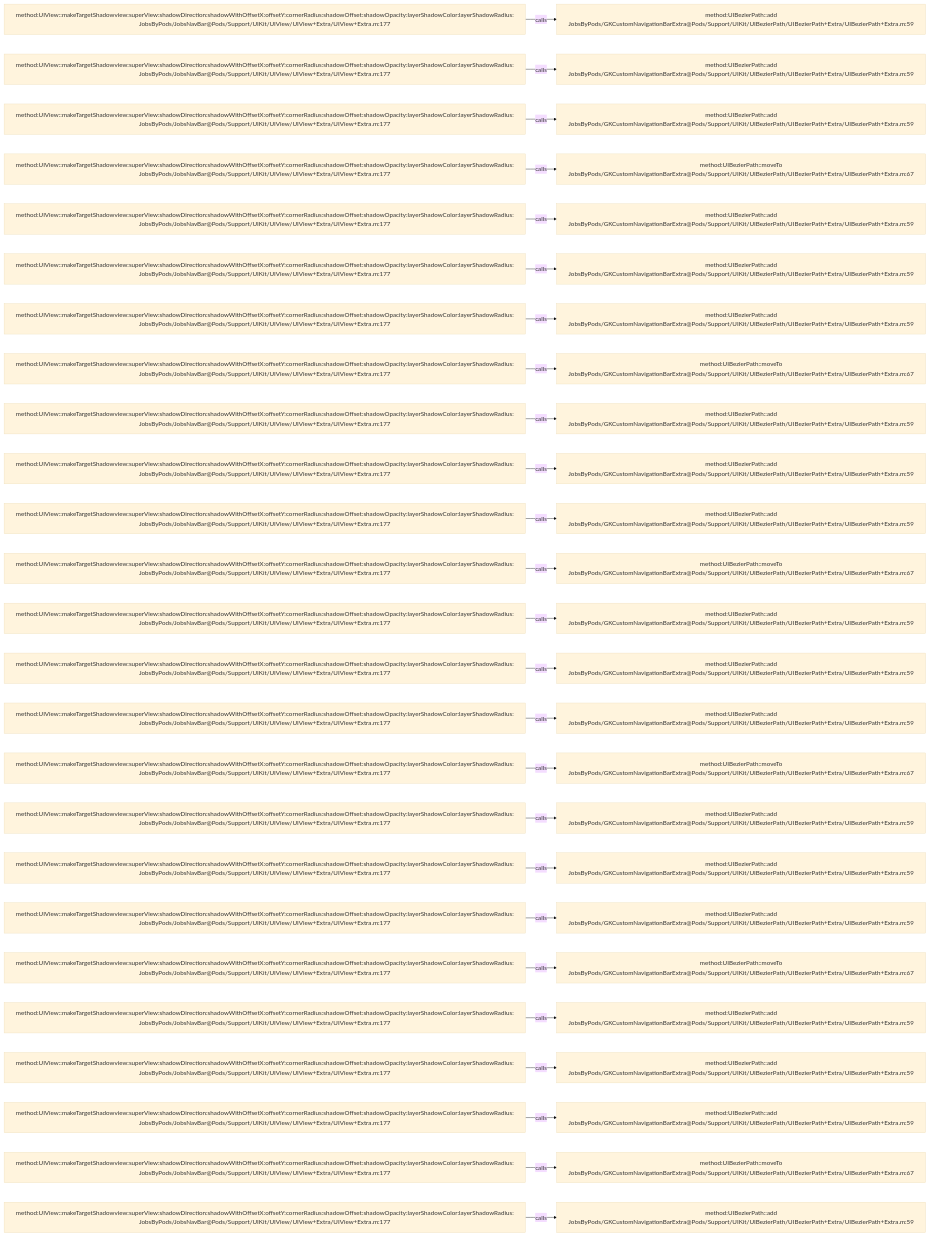
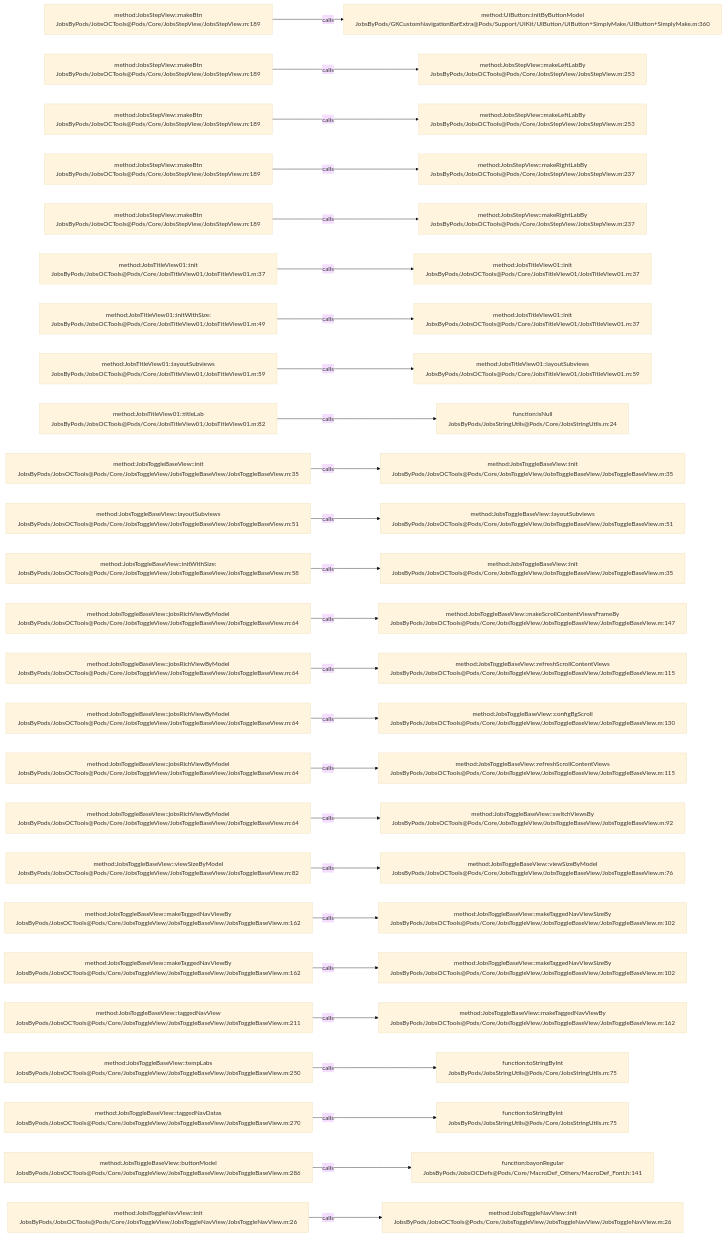
The diagram in .codegraph/codegraph.md/graphs/calls-156.md (JobsKits/JobsOCBaseConfigDemo), drawn with Mermaid (base theme) before and after one commit. The commit also changed 1026 other files, not shown here.

````diff
--- a/.codegraph/codegraph.md/graphs/calls-156.md
+++ b/.codegraph/codegraph.md/graphs/calls-156.md
@@ -13,78 +13,78 @@
 ```mermaid
 flowchart LR
-  S1["method:UIView::makeTargetShadowview:superView:shadowDirection:shadowWithOffsetX:offsetY:cornerRadius:shadowOffset:shadowOpacity:layerShadowColor:layerShadowRadius:<br/>JobsByPods/JobsNavBar@Pods/Support/UIKit/UIView/UIView+Extra/UIView+Extra.m:177"]
-  T1["method:UIBezierPath::add<br/>JobsByPods/GKCustomNavigationBarExtra@Pods/Support/UIKit/UIBezierPath/UIBezierPath+Extra/UIBezierPath+Extra.m:59"]
+  S1["method:JobsStepView::makeBtn<br/>JobsByPods/JobsOCTools@Pods/Core/JobsStepView/JobsStepView.m:189"]
+  T1["method:UIButton::initByButtonModel<br/>JobsByPods/GKCustomNavigationBarExtra@Pods/Support/UIKit/UIButton/UIButton+SimplyMake/UIButton+SimplyMake.m:360"]
   S1 -->|calls| T1
-  S2["method:UIView::makeTargetShadowview:superView:shadowDirection:shadowWithOffsetX:offsetY:cornerRadius:shadowOffset:shadowOpacity:layerShadowColor:layerShadowRadius:<br/>JobsByPods/JobsNavBar@Pods/Support/UIKit/UIView/UIView+Extra/UIView+Extra.m:177"]
-  T2["method:UIBezierPath::add<br/>JobsByPods/GKCustomNavigationBarExtra@Pods/Support/UIKit/UIBezierPath/UIBezierPath+Extra/UIBezierPath+Extra.m:59"]
+  S2["method:JobsStepView::makeBtn<br/>JobsByPods/JobsOCTools@Pods/Core/JobsStepView/JobsStepView.m:189"]
+  T2["method:JobsStepView::makeLeftLabBy<br/>JobsByPods/JobsOCTools@Pods/Core/JobsStepView/JobsStepView.m:253"]
   S2 -->|calls| T2
-  S3["method:UIView::makeTargetShadowview:superView:shadowDirection:shadowWithOffsetX:offsetY:cornerRadius:shadowOffset:shadowOpacity:layerShadowColor:layerShadowRadius:<br/>JobsByPods/JobsNavBar@Pods/Support/UIKit/UIView/UIView+Extra/UIView+Extra.m:177"]
-  T3["method:UIBezierPath::add<br/>JobsByPods/GKCustomNavigationBarExtra@Pods/Support/UIKit/UIBezierPath/UIBezierPath+Extra/UIBezierPath+Extra.m:59"]
+  S3["method:JobsStepView::makeBtn<br/>JobsByPods/JobsOCTools@Pods/Core/JobsStepView/JobsStepView.m:189"]
+  T3["method:JobsStepView::makeLeftLabBy<br/>JobsByPods/JobsOCTools@Pods/Core/JobsStepView/JobsStepView.m:253"]
   S3 -->|calls| T3
-  S4["method:UIView::makeTargetShadowview:superView:shadowDirection:shadowWithOffsetX:offsetY:cornerRadius:shadowOffset:shadowOpacity:layerShadowColor:layerShadowRadius:<br/>JobsByPods/JobsNavBar@Pods/Support/UIKit/UIView/UIView+Extra/UIView+Extra.m:177"]
-  T4["method:UIBezierPath::moveTo<br/>JobsByPods/GKCustomNavigationBarExtra@Pods/Support/UIKit/UIBezierPath/UIBezierPath+Extra/UIBezierPath+Extra.m:67"]
+  S4["method:JobsStepView::makeBtn<br/>JobsByPods/JobsOCTools@Pods/Core/JobsStepView/JobsStepView.m:189"]
+  T4["method:JobsStepView::makeRightLabBy<br/>JobsByPods/JobsOCTools@Pods/Core/JobsStepView/JobsStepView.m:237"]
   S4 -->|calls| T4
-  S5["method:UIView::makeTargetShadowview:superView:shadowDirection:shadowWithOffsetX:offsetY:cornerRadius:shadowOffset:shadowOpacity:layerShadowColor:layerShadowRadius:<br/>JobsByPods/JobsNavBar@Pods/Support/UIKit/UIView/UIView+Extra/UIView+Extra.m:177"]
-  T5["method:UIBezierPath::add<br/>JobsByPods/GKCustomNavigationBarExtra@Pods/Support/UIKit/UIBezierPath/UIBezierPath+Extra/UIBezierPath+Extra.m:59"]
+  S5["method:JobsStepView::makeBtn<br/>JobsByPods/JobsOCTools@Pods/Core/JobsStepView/JobsStepView.m:189"]
+  T5["method:JobsStepView::makeRightLabBy<br/>JobsByPods/JobsOCTools@Pods/Core/JobsStepView/JobsStepView.m:237"]
   S5 -->|calls| T5
-  S6["method:UIView::makeTargetShadowview:superView:shadowDirection:shadowWithOffsetX:offsetY:cornerRadius:shadowOffset:shadowOpacity:layerShadowColor:layerShadowRadius:<br/>JobsByPods/JobsNavBar@Pods/Support/UIKit/UIView/UIView+Extra/UIView+Extra.m:177"]
-  T6["method:UIBezierPath::add<br/>JobsByPods/GKCustomNavigationBarExtra@Pods/Support/UIKit/UIBezierPath/UIBezierPath+Extra/UIBezierPath+Extra.m:59"]
+  S6["method:JobsTitleView01::init<br/>JobsByPods/JobsOCTools@Pods/Core/JobsTitleView01/JobsTitleView01.m:37"]
+  T6["method:JobsTitleView01::init<br/>JobsByPods/JobsOCTools@Pods/Core/JobsTitleView01/JobsTitleView01.m:37"]
   S6 -->|calls| T6
-  S7["method:UIView::makeTargetShadowview:superView:shadowDirection:shadowWithOffsetX:offsetY:cornerRadius:shadowOffset:shadowOpacity:layerShadowColor:layerShadowRadius:<br/>JobsByPods/JobsNavBar@Pods/Support/UIKit/UIView/UIView+Extra/UIView+Extra.m:177"]
-  T7["method:UIBezierPath::add<br/>JobsByPods/GKCustomNavigationBarExtra@Pods/Support/UIKit/UIBezierPath/UIBezierPath+Extra/UIBezierPath+Extra.m:59"]
+  S7["method:JobsTitleView01::initWithSize:<br/>JobsByPods/JobsOCTools@Pods/Core/JobsTitleView01/JobsTitleView01.m:49"]
+  T7["method:JobsTitleView01::init<br/>JobsByPods/JobsOCTools@Pods/Core/JobsTitleView01/JobsTitleView01.m:37"]
   S7 -->|calls| T7
-  S8["method:UIView::makeTargetShadowview:superView:shadowDirection:shadowWithOffsetX:offsetY:cornerRadius:shadowOffset:shadowOpacity:layerShadowColor:layerShadowRadius:<br/>JobsByPods/JobsNavBar@Pods/Support/UIKit/UIView/UIView+Extra/UIView+Extra.m:177"]
-  T8["method:UIBezierPath::moveTo<br/>JobsByPods/GKCustomNavigationBarExtra@Pods/Support/UIKit/UIBezierPath/UIBezierPath+Extra/UIBezierPath+Extra.m:67"]
+  S8["method:JobsTitleView01::layoutSubviews<br/>JobsByPods/JobsOCTools@Pods/Core/JobsTitleView01/JobsTitleView01.m:59"]
+  T8["method:JobsTitleView01::layoutSubviews<br/>JobsByPods/JobsOCTools@Pods/Core/JobsTitleView01/JobsTitleView01.m:59"]
   S8 -->|calls| T8
-  S9["method:UIView::makeTargetShadowview:superView:shadowDirection:shadowWithOffsetX:offsetY:cornerRadius:shadowOffset:shadowOpacity:layerShadowColor:layerShadowRadius:<br/>JobsByPods/JobsNavBar@Pods/Support/UIKit/UIView/UIView+Extra/UIView+Extra.m:177"]
-  T9["method:UIBezierPath::add<br/>JobsByPods/GKCustomNavigationBarExtra@Pods/Support/UIKit/UIBezierPath/UIBezierPath+Extra/UIBezierPath+Extra.m:59"]
+  S9["method:JobsTitleView01::titleLab<br/>JobsByPods/JobsOCTools@Pods/Core/JobsTitleView01/JobsTitleView01.m:82"]
+  T9["function:isNull<br/>JobsByPods/JobsStringUtils@Pods/Core/JobsStringUtils.m:24"]
   S9 -->|calls| T9
-  S10["method:UIView::makeTargetShadowview:superView:shadowDirection:shadowWithOffsetX:offsetY:cornerRadius:shadowOffset:shadowOpacity:layerShadowColor:layerShadowRadius:<br/>JobsByPods/JobsNavBar@Pods/Support/UIKit/UIView/UIView+Extra/UIView+Extra.m:177"]
-  T10["method:UIBezierPath::add<br/>JobsByPods/GKCustomNavigationBarExtra@Pods/Support/UIKit/UIBezierPath/UIBezierPath+Extra/UIBezierPath+Extra.m:59"]
+  S10["method:JobsToggleBaseView::init<br/>JobsByPods/JobsOCTools@Pods/Core/JobsToggleView/JobsToggleBaseView/JobsToggleBaseView.m:35"]
+  T10["method:JobsToggleBaseView::init<br/>JobsByPods/JobsOCTools@Pods/Core/JobsToggleView/JobsToggleBaseView/JobsToggleBaseView.m:35"]
   S10 -->|calls| T10
-  S11["method:UIView::makeTargetShadowview:superView:shadowDirection:shadowWithOffsetX:offsetY:cornerRadius:shadowOffset:shadowOpacity:layerShadowColor:layerShadowRadius:<br/>JobsByPods/JobsNavBar@Pods/Support/UIKit/UIView/UIView+Extra/UIView+Extra.m:177"]
-  T11["method:UIBezierPath::add<br/>JobsByPods/GKCustomNavigationBarExtra@Pods/Support/UIKit/UIBezierPath/UIBezierPath+Extra/UIBezierPath+Extra.m:59"]
+  S11["method:JobsToggleBaseView::layoutSubviews<br/>JobsByPods/JobsOCTools@Pods/Core/JobsToggleView/JobsToggleBaseView/JobsToggleBaseView.m:51"]
+  T11["method:JobsToggleBaseView::layoutSubviews<br/>JobsByPods/JobsOCTools@Pods/Core/JobsToggleView/JobsToggleBaseView/JobsToggleBaseView.m:51"]
   S11 -->|calls| T11
-  S12["method:UIView::makeTargetShadowview:superView:shadowDirection:shadowWithOffsetX:offsetY:cornerRadius:shadowOffset:shadowOpacity:layerShadowColor:layerShadowRadius:<br/>JobsByPods/JobsNavBar@Pods/Support/UIKit/UIView/UIView+Extra/UIView+Extra.m:177"]
-  T12["method:UIBezierPath::moveTo<br/>JobsByPods/GKCustomNavigationBarExtra@Pods/Support/UIKit/UIBezierPath/UIBezierPath+Extra/UIBezierPath+Extra.m:67"]
+  S12["method:JobsToggleBaseView::initWithSize:<br/>JobsByPods/JobsOCTools@Pods/Core/JobsToggleView/JobsToggleBaseView/JobsToggleBaseView.m:58"]
+  T12["method:JobsToggleBaseView::init<br/>JobsByPods/JobsOCTools@Pods/Core/JobsToggleView/JobsToggleBaseView/JobsToggleBaseView.m:35"]
   S12 -->|calls| T12
-  S13["method:UIView::makeTargetShadowview:superView:shadowDirection:shadowWithOffsetX:offsetY:cornerRadius:shadowOffset:shadowOpacity:layerShadowColor:layerShadowRadius:<br/>JobsByPods/JobsNavBar@Pods/Support/UIKit/UIView/UIView+Extra/UIView+Extra.m:177"]
-  T13["method:UIBezierPath::add<br/>JobsByPods/GKCustomNavigationBarExtra@Pods/Support/UIKit/UIBezierPath/UIBezierPath+Extra/UIBezierPath+Extra.m:59"]
+  S13["method:JobsToggleBaseView::jobsRichViewByModel<br/>JobsByPods/JobsOCTools@Pods/Core/JobsToggleView/JobsToggleBaseView/JobsToggleBaseView.m:64"]
+  T13["method:JobsToggleBaseView::makeScrollContentViewsFrameBy<br/>JobsByPods/JobsOCTools@Pods/Core/JobsToggleView/JobsToggleBaseView/JobsToggleBaseView.m:147"]
   S13 -->|calls| T13
-  S14["method:UIView::makeTargetShadowview:superView:shadowDirection:shadowWithOffsetX:offsetY:cornerRadius:shadowOffset:shadowOpacity:layerShadowColor:layerShadowRadius:<br/>JobsByPods/JobsNavBar@Pods/Support/UIKit/UIView/UIView+Extra/UIView+Extra.m:177"]
-  T14["method:UIBezierPath::add<br/>JobsByPods/GKCustomNavigationBarExtra@Pods/Support/UIKit/UIBezierPath/UIBezierPath+Extra/UIBezierPath+Extra.m:59"]
+  S14["method:JobsToggleBaseView::jobsRichViewByModel<br/>JobsByPods/JobsOCTools@Pods/Core/JobsToggleView/JobsToggleBaseView/JobsToggleBaseView.m:64"]
+  T14["method:JobsToggleBaseView::refreshScrollContentViews<br/>JobsByPods/JobsOCTools@Pods/Core/JobsToggleView/JobsToggleBaseView/JobsToggleBaseView.m:115"]
   S14 -->|calls| T14
-  S15["method:UIView::makeTargetShadowview:superView:shadowDirection:shadowWithOffsetX:offsetY:cornerRadius:shadowOffset:shadowOpacity:layerShadowColor:layerShadowRadius:<br/>JobsByPods/JobsNavBar@Pods/Support/UIKit/UIView/UIView+Extra/UIView+Extra.m:177"]
-  T15["method:UIBezierPath::add<br/>JobsByPods/GKCustomNavigationBarExtra@Pods/Support/UIKit/UIBezierPath/UIBezierPath+Extra/UIBezierPath+Extra.m:59"]
+  S15["method:JobsToggleBaseView::jobsRichViewByModel<br/>JobsByPods/JobsOCTools@Pods/Core/JobsToggleView/JobsToggleBaseView/JobsToggleBaseView.m:64"]
+  T15["method:JobsToggleBaseView::configBgScroll<br/>JobsByPods/JobsOCTools@Pods/Core/JobsToggleView/JobsToggleBaseView/JobsToggleBaseView.m:130"]
   S15 -->|calls| T15
-  S16["method:UIView::makeTargetShadowview:superView:shadowDirection:shadowWithOffsetX:offsetY:cornerRadius:shadowOffset:shadowOpacity:layerShadowColor:layerShadowRadius:<br/>JobsByPods/JobsNavBar@Pods/Support/UIKit/UIView/UIView+Extra/UIView+Extra.m:177"]
-  T16["method:UIBezierPath::moveTo<br/>JobsByPods/GKCustomNavigationBarExtra@Pods/Support/UIKit/UIBezierPath/UIBezierPath+Extra/UIBezierPath+Extra.m:67"]
+  S16["method:JobsToggleBaseView::jobsRichViewByModel<br/>JobsByPods/JobsOCTools@Pods/Core/JobsToggleView/JobsToggleBaseView/JobsToggleBaseView.m:64"]
+  T16["method:JobsToggleBaseView::refreshScrollContentViews<br/>JobsByPods/JobsOCTools@Pods/Core/JobsToggleView/JobsToggleBaseView/JobsToggleBaseView.m:115"]
   S16 -->|calls| T16
-  S17["method:UIView::makeTargetShadowview:superView:shadowDirection:shadowWithOffsetX:offsetY:cornerRadius:shadowOffset:shadowOpacity:layerShadowColor:layerShadowRadius:<br/>JobsByPods/JobsNavBar@Pods/Support/UIKit/UIView/UIView+Extra/UIView+Extra.m:177"]
-  T17["method:UIBezierPath::add<br/>JobsByPods/GKCustomNavigationBarExtra@Pods/Support/UIKit/UIBezierPath/UIBezierPath+Extra/UIBezierPath+Extra.m:59"]
+  S17["method:JobsToggleBaseView::jobsRichViewByModel<br/>JobsByPods/JobsOCTools@Pods/Core/JobsToggleView/JobsToggleBaseView/JobsToggleBaseView.m:64"]
+  T17["method:JobsToggleBaseView::switchViewsBy<br/>JobsByPods/JobsOCTools@Pods/Core/JobsToggleView/JobsToggleBaseView/JobsToggleBaseView.m:92"]
   S17 -->|calls| T17
-  S18["method:UIView::makeTargetShadowview:superView:shadowDirection:shadowWithOffsetX:offsetY:cornerRadius:shadowOffset:shadowOpacity:layerShadowColor:layerShadowRadius:<br/>JobsByPods/JobsNavBar@Pods/Support/UIKit/UIView/UIView+Extra/UIView+Extra.m:177"]
-  T18["method:UIBezierPath::add<br/>JobsByPods/GKCustomNavigationBarExtra@Pods/Support/UIKit/UIBezierPath/UIBezierPath+Extra/UIBezierPath+Extra.m:59"]
+  S18["method:JobsToggleBaseView::viewSizeByModel<br/>JobsByPods/JobsOCTools@Pods/Core/JobsToggleView/JobsToggleBaseView/JobsToggleBaseView.m:82"]
+  T18["method:JobsToggleBaseView::viewSizeByModel<br/>JobsByPods/JobsOCTools@Pods/Core/JobsToggleView/JobsToggleBaseView/JobsToggleBaseView.m:76"]
   S18 -->|calls| T18
-  S19["method:UIView::makeTargetShadowview:superView:shadowDirection:shadowWithOffsetX:offsetY:cornerRadius:shadowOffset:shadowOpacity:layerShadowColor:layerShadowRadius:<br/>JobsByPods/JobsNavBar@Pods/Support/UIKit/UIView/UIView+Extra/UIView+Extra.m:177"]
-  T19["method:UIBezierPath::add<br/>JobsByPods/GKCustomNavigationBarExtra@Pods/Support/UIKit/UIBezierPath/UIBezierPath+Extra/UIBezierPath+Extra.m:59"]
+  S19["method:JobsToggleBaseView::makeTaggedNavViewBy<br/>JobsByPods/JobsOCTools@Pods/Core/JobsToggleView/JobsToggleBaseView/JobsToggleBaseView.m:162"]
+  T19["method:JobsToggleBaseView::makeTaggedNavViewSizeBy<br/>JobsByPods/JobsOCTools@Pods/Core/JobsToggleView/JobsToggleBaseView/JobsToggleBaseView.m:102"]
   S19 -->|calls| T19
-  S20["method:UIView::makeTargetShadowview:superView:shadowDirection:shadowWithOffsetX:offsetY:cornerRadius:shadowOffset:shadowOpacity:layerShadowColor:layerShadowRadius:<br/>JobsByPods/JobsNavBar@Pods/Support/UIKit/UIView/UIView+Extra/UIView+Extra.m:177"]
-  T20["method:UIBezierPath::moveTo<br/>JobsByPods/GKCustomNavigationBarExtra@Pods/Support/UIKit/UIBezierPath/UIBezierPath+Extra/UIBezierPath+Extra.m:67"]
+  S20["method:JobsToggleBaseView::makeTaggedNavViewBy<br/>JobsByPods/JobsOCTools@Pods/Core/JobsToggleView/JobsToggleBaseView/JobsToggleBaseView.m:162"]
+  T20["method:JobsToggleBaseView::makeTaggedNavViewSizeBy<br/>JobsByPods/JobsOCTools@Pods/Core/JobsToggleView/JobsToggleBaseView/JobsToggleBaseView.m:102"]
   S20 -->|calls| T20
-  S21["method:UIView::makeTargetShadowview:superView:shadowDirection:shadowWithOffsetX:offsetY:cornerRadius:shadowOffset:shadowOpacity:layerShadowColor:layerShadowRadius:<br/>JobsByPods/JobsNavBar@Pods/Support/UIKit/UIView/UIView+Extra/UIView+Extra.m:177"]
-  T21["method:UIBezierPath::add<br/>JobsByPods/GKCustomNavigationBarExtra@Pods/Support/UIKit/UIBezierPath/UIBezierPath+Extra/UIBezierPath+Extra.m:59"]
+  S21["method:JobsToggleBaseView::taggedNavView<br/>JobsByPods/JobsOCTools@Pods/Core/JobsToggleView/JobsToggleBaseView/JobsToggleBaseView.m:211"]
+  T21["method:JobsToggleBaseView::makeTaggedNavViewBy<br/>JobsByPods/JobsOCTools@Pods/Core/JobsToggleView/JobsToggleBaseView/JobsToggleBaseView.m:162"]
   S21 -->|calls| T21
-  S22["method:UIView::makeTargetShadowview:superView:shadowDirection:shadowWithOffsetX:offsetY:cornerRadius:shadowOffset:shadowOpacity:layerShadowColor:layerShadowRadius:<br/>JobsByPods/JobsNavBar@Pods/Support/UIKit/UIView/UIView+Extra/UIView+Extra.m:177"]
-  T22["method:UIBezierPath::add<br/>JobsByPods/GKCustomNavigationBarExtra@Pods/Support/UIKit/UIBezierPath/UIBezierPath+Extra/UIBezierPath+Extra.m:59"]
+  S22["method:JobsToggleBaseView::tempLabs<br/>JobsByPods/JobsOCTools@Pods/Core/JobsToggleView/JobsToggleBaseView/JobsToggleBaseView.m:250"]
+  T22["function:toStringByInt<br/>JobsByPods/JobsStringUtils@Pods/Core/JobsStringUtils.m:75"]
   S22 -->|calls| T22
-  S23["method:UIView::makeTargetShadowview:superView:shadowDirection:shadowWithOffsetX:offsetY:cornerRadius:shadowOffset:shadowOpacity:layerShadowColor:layerShadowRadius:<br/>JobsByPods/JobsNavBar@Pods/Support/UIKit/UIView/UIView+Extra/UIView+Extra.m:177"]
-  T23["method:UIBezierPath::add<br/>JobsByPods/GKCustomNavigationBarExtra@Pods/Support/UIKit/UIBezierPath/UIBezierPath+Extra/UIBezierPath+Extra.m:59"]
+  S23["method:JobsToggleBaseView::taggedNavDatas<br/>JobsByPods/JobsOCTools@Pods/Core/JobsToggleView/JobsToggleBaseView/JobsToggleBaseView.m:270"]
+  T23["function:toStringByInt<br/>JobsByPods/JobsStringUtils@Pods/Core/JobsStringUtils.m:75"]
   S23 -->|calls| T23
-  S24["method:UIView::makeTargetShadowview:superView:shadowDirection:shadowWithOffsetX:offsetY:cornerRadius:shadowOffset:shadowOpacity:layerShadowColor:layerShadowRadius:<br/>JobsByPods/JobsNavBar@Pods/Support/UIKit/UIView/UIView+Extra/UIView+Extra.m:177"]
-  T24["method:UIBezierPath::moveTo<br/>JobsByPods/GKCustomNavigationBarExtra@Pods/Support/UIKit/UIBezierPath/UIBezierPath+Extra/UIBezierPath+Extra.m:67"]
+  S24["method:JobsToggleBaseView::buttonModel<br/>JobsByPods/JobsOCTools@Pods/Core/JobsToggleView/JobsToggleBaseView/JobsToggleBaseView.m:286"]
+  T24["function:bayonRegular<br/>JobsByPods/JobsOCDefs@Pods/Core/MacroDef_Others/MacroDef_Font.h:141"]
   S24 -->|calls| T24
-  S25["method:UIView::makeTargetShadowview:superView:shadowDirection:shadowWithOffsetX:offsetY:cornerRadius:shadowOffset:shadowOpacity:layerShadowColor:layerShadowRadius:<br/>JobsByPods/JobsNavBar@Pods/Support/UIKit/UIView/UIView+Extra/UIView+Extra.m:177"]
-  T25["method:UIBezierPath::add<br/>JobsByPods/GKCustomNavigationBarExtra@Pods/Support/UIKit/UIBezierPath/UIBezierPath+Extra/UIBezierPath+Extra.m:59"]
+  S25["method:JobsToggleNavView::init<br/>JobsByPods/JobsOCTools@Pods/Core/JobsToggleView/JobsToggleNavView/JobsToggleNavView.m:26"]
+  T25["method:JobsToggleNavView::init<br/>JobsByPods/JobsOCTools@Pods/Core/JobsToggleView/JobsToggleNavView/JobsToggleNavView.m:26"]
   S25 -->|calls| T25
 ```
````
